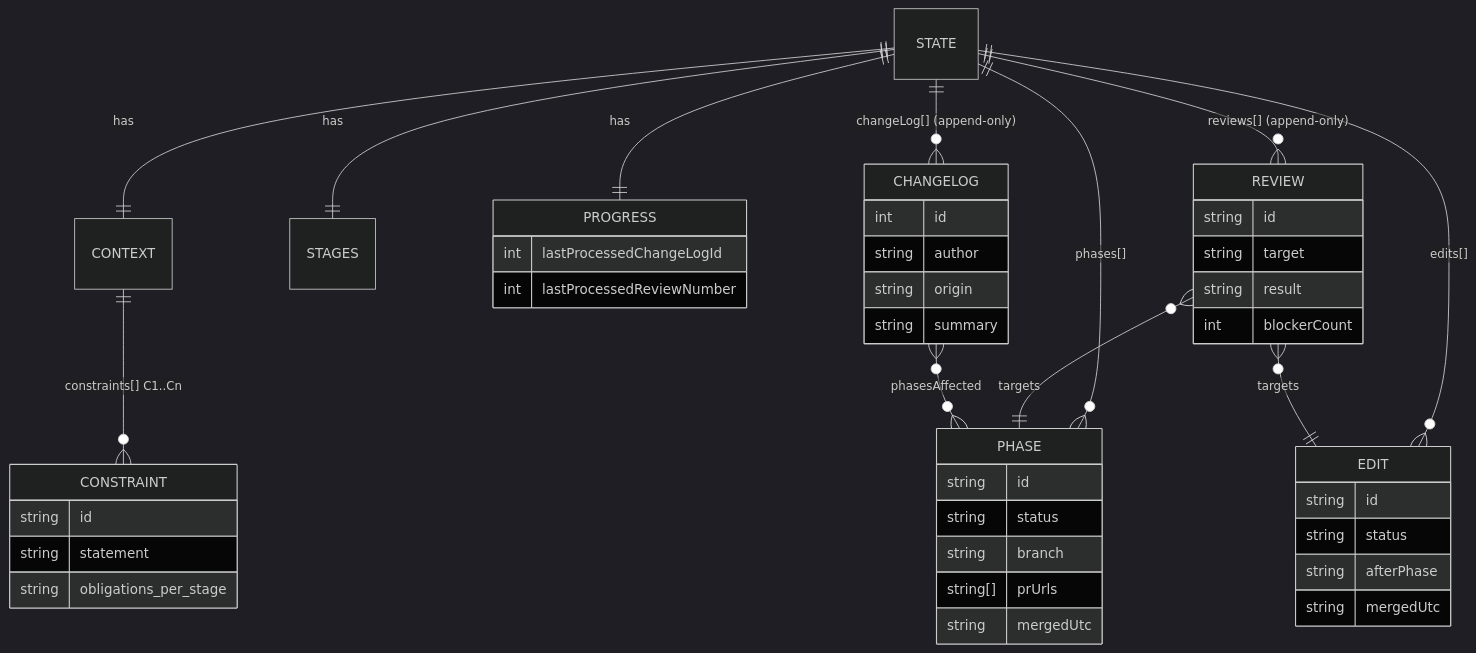
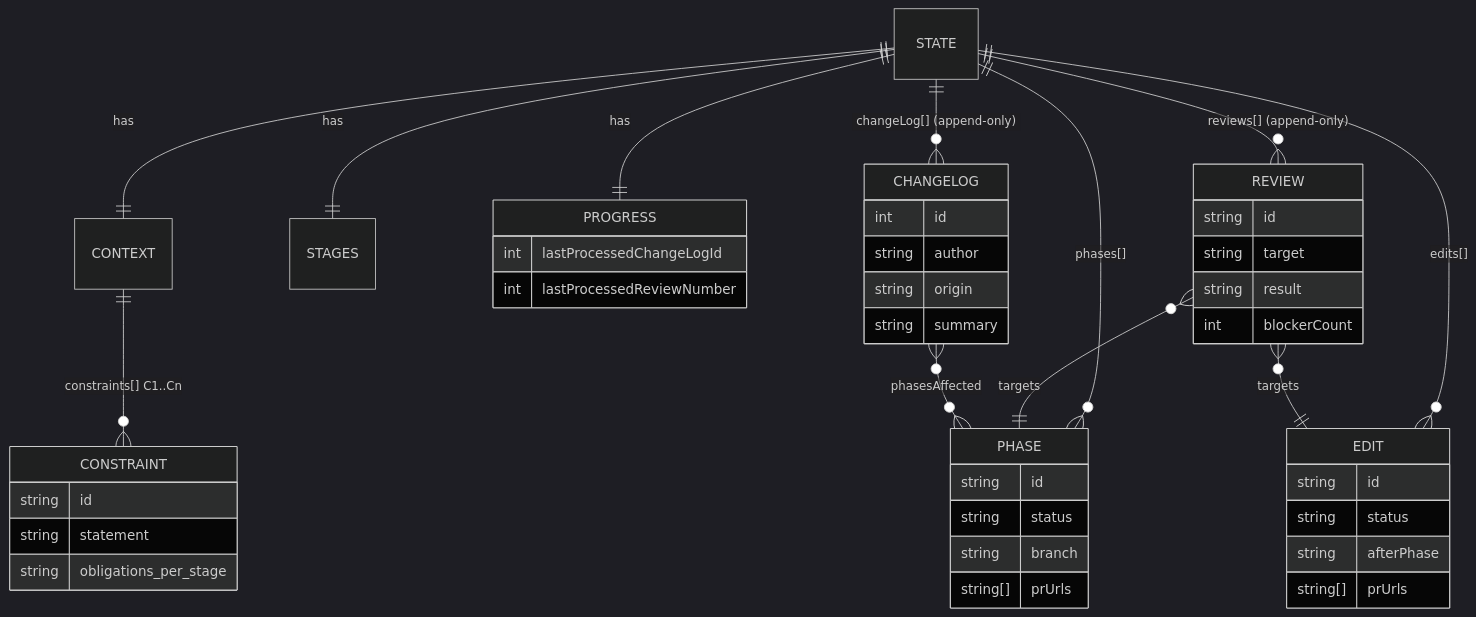
One commit to Mabeesha/AppModernizationHarness changed the second of 4 diagrams in docs/DESIGN.md. Above: the diagram before and after it, drawn with Mermaid (dark theme). The commit also changed other lines of this file and 11 other files, not shown here.

````diff
--- a/docs/DESIGN.md
+++ b/docs/DESIGN.md
@@ -85,21 +86,21 @@
 ```mermaid
 erDiagram
     STATE ||--|| CONTEXT : has
     STATE ||--|| STAGES : has
     STATE ||--|| PROGRESS : has
     STATE ||--o{ PHASE : "phases[]"
     STATE ||--o{ EDIT : "edits[]"
     STATE ||--o{ CHANGELOG : "changeLog[] (append-only)"
     STATE ||--o{ REVIEW : "reviews[] (append-only)"
     CONTEXT ||--o{ CONSTRAINT : "constraints[] C1..Cn"
     REVIEW }o--|| PHASE : targets
     REVIEW }o--|| EDIT : targets
     CHANGELOG }o--o{ PHASE : phasesAffected
 
     CONSTRAINT { string id  string statement  string obligations_per_stage }
-    PHASE   { string id  string status  string branch  string[] prUrls  string mergedUtc }
-    EDIT    { string id  string status  string afterPhase  string mergedUtc }
+    PHASE   { string id  string status  string branch  string[] prUrls }
+    EDIT    { string id  string status  string afterPhase  string[] prUrls }
     CHANGELOG { int id  string author  string origin  string summary }
     REVIEW  { string id  string target  string result  int blockerCount }
     PROGRESS { int lastProcessedChangeLogId  int lastProcessedReviewNumber }
 ```
````
